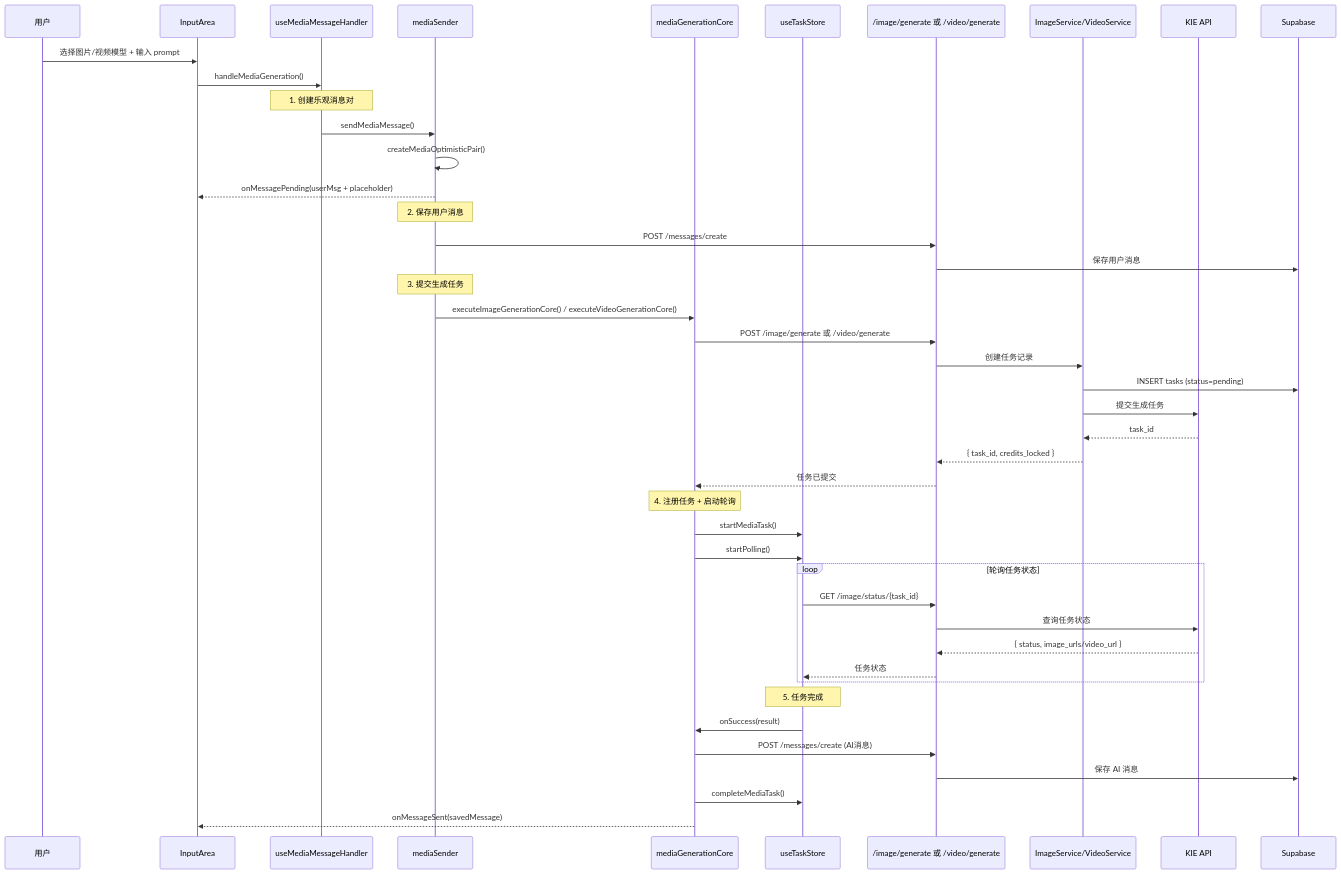
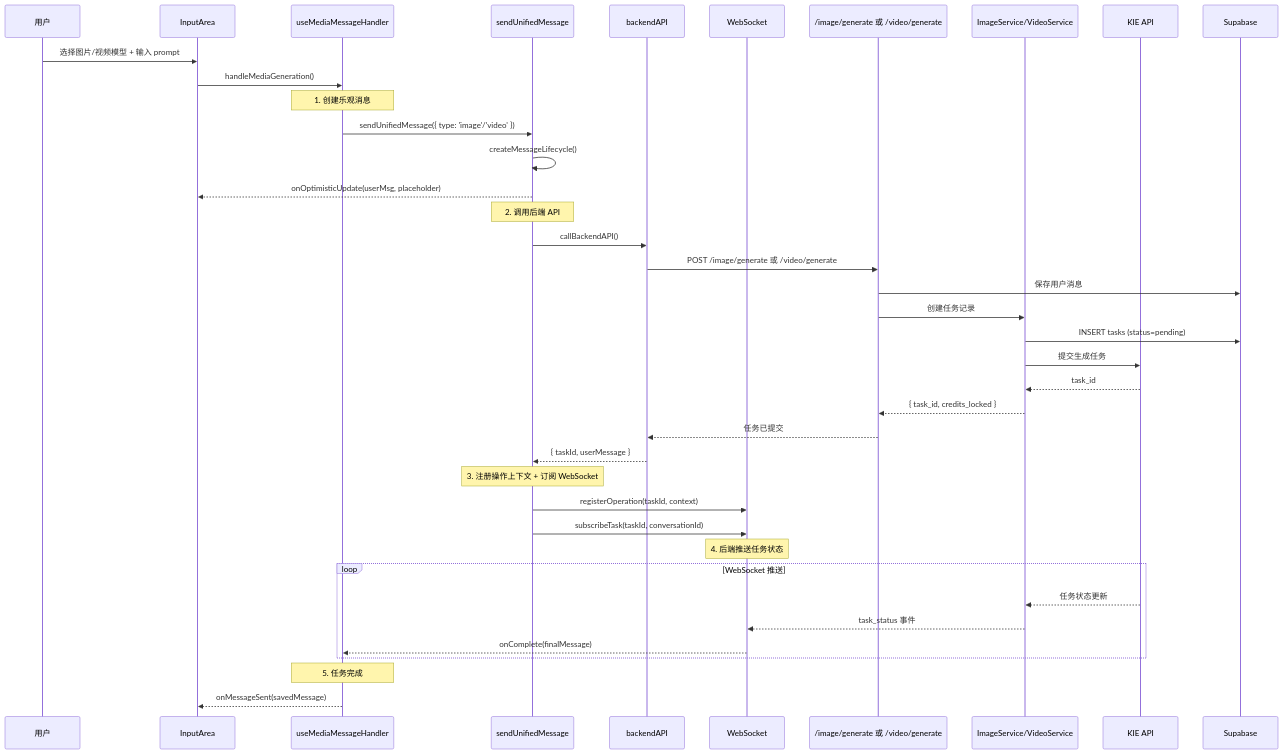
The fifth of 9 diagrams in docs/FLOW_DIAGRAMS.md (wucong75644-crypto/EVERYDAYAIONE), drawn with Mermaid before and after one commit. The commit also changed other lines of this file and 125 other files, not shown here.

````diff
--- a/docs/FLOW_DIAGRAMS.md
+++ b/docs/FLOW_DIAGRAMS.md
@@ -245,53 +246,47 @@
 ```mermaid
 sequenceDiagram
     participant User as 用户
     participant InputArea as InputArea
     participant Handler as useMediaMessageHandler
-    participant Sender as mediaSender
-    participant Core as mediaGenerationCore
-    participant TaskStore as useTaskStore
+    participant Sender as sendUnifiedMessage
+    participant BackendAPI as backendAPI
+    participant WS as WebSocket
     participant API as /image/generate 或 /video/generate
     participant Service as ImageService/VideoService
     participant KIE as KIE API
     participant DB as Supabase
 
     User->>InputArea: 选择图片/视频模型 + 输入 prompt
     InputArea->>Handler: handleMediaGeneration()
 
-    Note over Handler: 1. 创建乐观消息对
-    Handler->>Sender: sendMediaMessage()
-    Sender->>Sender: createMediaOptimisticPair()
-    Sender-->>InputArea: onMessagePending(userMsg + placeholder)
+    Note over Handler: 1. 创建乐观消息
+    Handler->>Sender: sendUnifiedMessage({ type: 'image'/'video' })
+    Sender->>Sender: createMessageLifecycle()
+    Sender-->>InputArea: onOptimisticUpdate(userMsg, placeholder)
 
-    Note over Sender: 2. 保存用户消息
-    Sender->>API: POST /messages/create
+    Note over Sender: 2. 调用后端 API
+    Sender->>BackendAPI: callBackendAPI()
+    BackendAPI->>API: POST /image/generate 或 /video/generate
     API->>DB: 保存用户消息
-
-    Note over Sender: 3. 提交生成任务
-    Sender->>Core: executeImageGenerationCore() / executeVideoGenerationCore()
-    Core->>API: POST /image/generate 或 /video/generate
     API->>Service: 创建任务记录
     Service->>DB: INSERT tasks (status=pending)
     Service->>KIE: 提交生成任务
     KIE-->>Service: task_id
     Service-->>API: { task_id, credits_locked }
-    API-->>Core: 任务已提交
+    API-->>BackendAPI: 任务已提交
+    BackendAPI-->>Sender: { taskId, userMessage }
 
-    Note over Core: 4. 注册任务 + 启动轮询
-    Core->>TaskStore: startMediaTask()
-    Core->>TaskStore: startPolling()
+    Note over Sender: 3. 注册操作上下文 + 订阅 WebSocket
+    Sender->>WS: registerOperation(taskId, context)
+    Sender->>WS: subscribeTask(taskId, conversationId)
 
-    loop 轮询任务状态
-        TaskStore->>API: GET /image/status/{task_id}
-        API->>KIE: 查询任务状态
-        KIE-->>API: { status, image_urls/video_url }
-        API-->>TaskStore: 任务状态
+    Note over WS: 4. 后端推送任务状态
+    loop WebSocket 推送
+        KIE-->>Service: 任务状态更新
+        Service-->>WS: task_status 事件
+        WS-->>Handler: onComplete(finalMessage)
     end
 
-    Note over TaskStore: 5. 任务完成
-    TaskStore->>Core: onSuccess(result)
-    Core->>API: POST /messages/create (AI消息)
-    API->>DB: 保存 AI 消息
-    Core->>TaskStore: completeMediaTask()
-    Core-->>InputArea: onMessageSent(savedMessage)
+    Note over Handler: 5. 任务完成
+    Handler-->>InputArea: onMessageSent(savedMessage)
 ```
````
